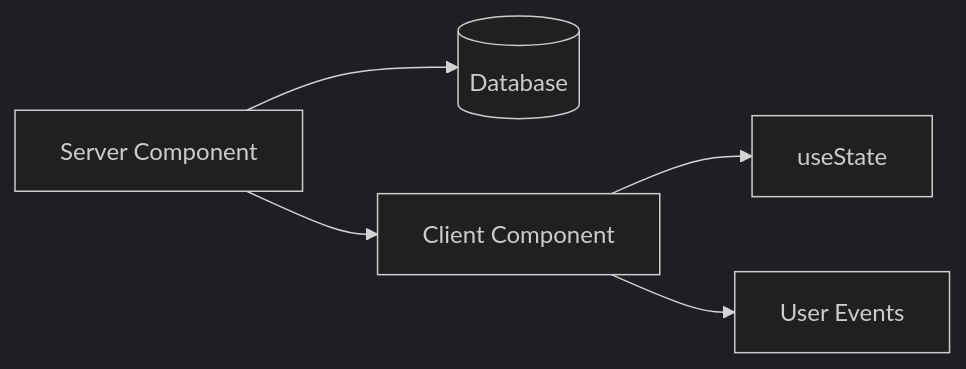
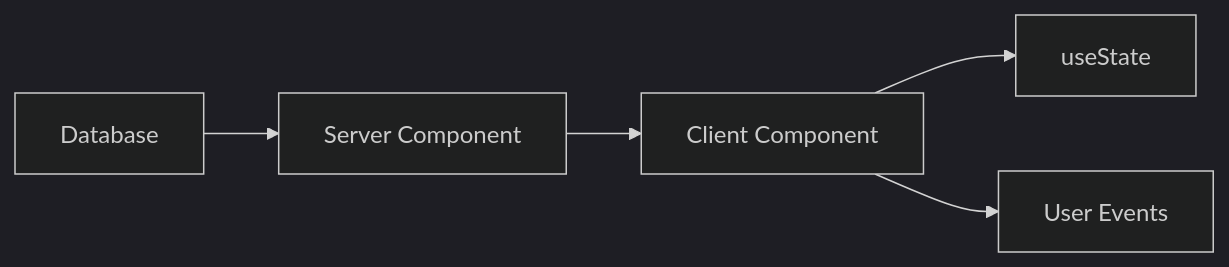
The seventh of 12 diagrams in NextJS/Next-JS-Tutorial/Articles/Modern-Client-Server-Architecture.md (seanwhs/Tutorials), drawn with Mermaid (dark theme) before and after one commit. The commit also changed other lines of this file, not shown here.

````diff
--- a/NextJS/Next-JS-Tutorial/Articles/Modern-Client-Server-Architecture.md
+++ b/NextJS/Next-JS-Tutorial/Articles/Modern-Client-Server-Architecture.md
@@ -488,11 +500,18 @@
 ```mermaid
 graph LR
+    DB[Database]
 
-A[Server Component]
-    --> B[(Database)]
+    SC[Server Component]
 
-A --> C[Client Component]
+    CC[Client Component]
 
-C --> D[useState]
-C --> E[User Events]
+    STATE[useState]
+    EVENTS[User Events]
+
+    DB --> SC
+
+    SC --> CC
+
+    CC --> STATE
+    CC --> EVENTS
 ```
````
